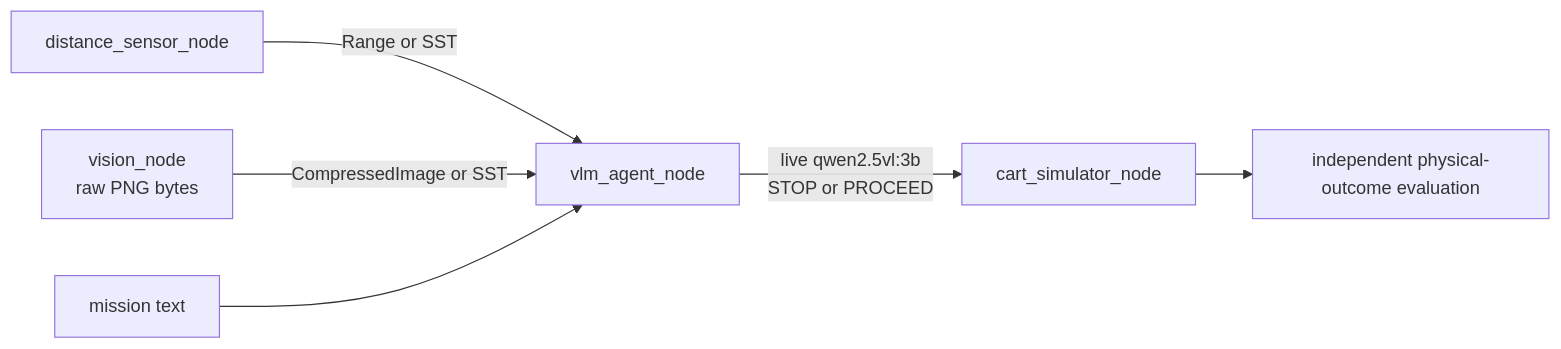
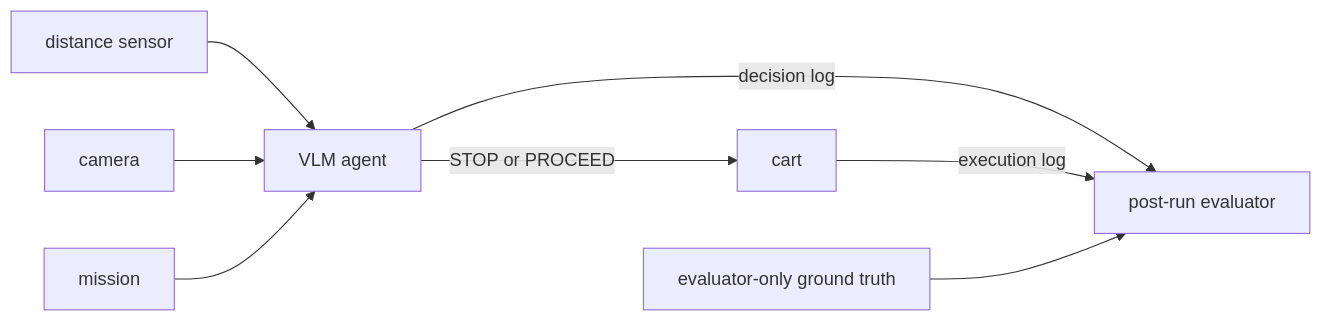
The diagram in README.md (embodied-ai-lab/embodied-agent-auth), drawn with Mermaid before and after one commit. The commit also changed other lines of this file and 75 other files, not shown here.

Commit message:
Code refactoring, clean up, and make ground truth config files

````diff
--- a/README.md
+++ b/README.md
@@ -20,8 +8,10 @@
 ```mermaid
 flowchart LR
-    D[distance_sensor_node] -->|Range or SST| V[vlm_agent_node]
-    I[vision_node<br/>raw PNG bytes] -->|CompressedImage or SST| V
-    M[mission text] --> V
-    V -->|live qwen2.5vl:3b<br/>STOP or PROCEED| C[cart_simulator_node]
-    C --> E[independent physical-outcome evaluation]
+    D[distance sensor] --> A[VLM agent]
+    I[camera] --> A
+    M[mission] --> A
+    A -->|STOP or PROCEED| C[cart]
+    A -->|decision log| E[post-run evaluator]
+    C -->|execution log| E
+    GT[evaluator-only ground truth] --> E
 ```
````
